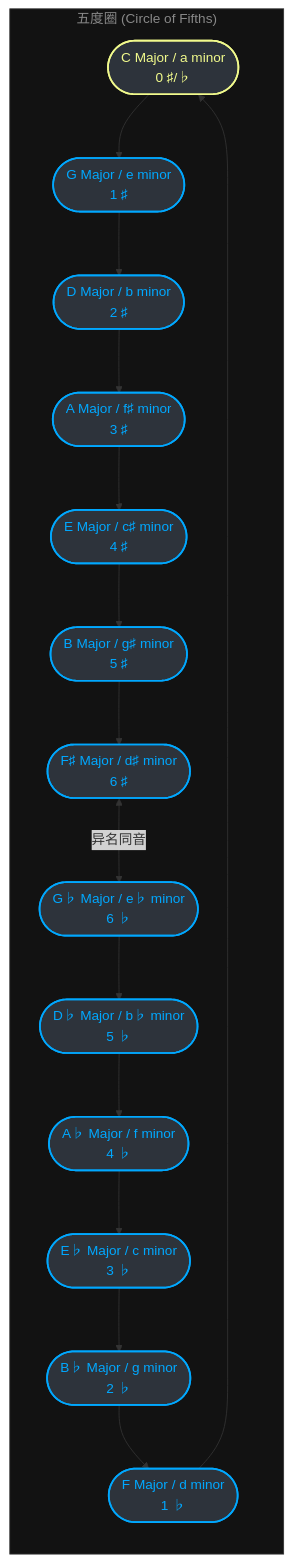
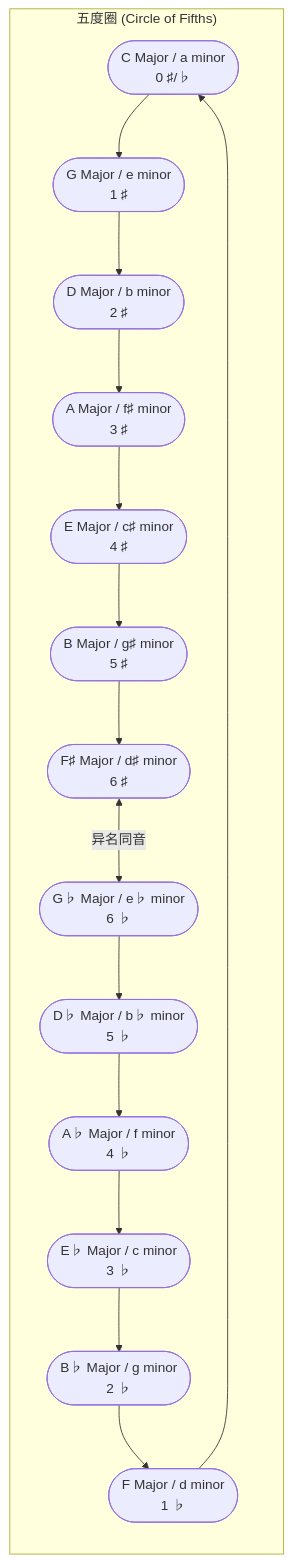
One commit to teatang/t-blog changed the diagram in source/_posts/2025/2025-06-29_乐理中的调号详解.md. Above: the diagram before and after it, drawn with Mermaid. The commit also changed 1 other file, not shown here.

Commit message:
update blog

```diff
--- a/source/_posts/2025/2025-06-29_乐理中的调号详解.md
+++ b/source/_posts/2025/2025-06-29_乐理中的调号详解.md
@@ -125,45 +125,36 @@
 {% mermaid %}
 graph TD
-    %% 全局样式定义
-    classDef default fill:#1a1a1a,stroke:#555,color:#eee,stroke-width:1px;
-    classDef majorNode fill:#2d333b,stroke:#00a8ff,color:#00a8ff,stroke-width:2px;
-    classDef minorNode fill:#2d333b,stroke:#ff79c6,color:#ff79c6,stroke-width:2px;
-    classDef pivotNode fill:#2d333b,stroke:#f1fa8c,color:#f1fa8c,stroke-width:2px;
-
     subgraph CircleOfFifths ["五度圈 (Circle of Fifths)"]
         direction TB
         
         C([C Major / a minor<br/>0 ♯/♭]) 
         G([G Major / e minor<br/>1 ♯])
         D([D Major / b minor<br/>2 ♯])
         A([A Major / f♯ minor<br/>3 ♯])
         E([E Major / c♯ minor<br/>4 ♯])
         B([B Major / g♯ minor<br/>5 ♯])
         
         FS([F♯ Major / d♯ minor<br/>6 ♯])
         GB([G♭ Major / e♭ minor<br/>6 ♭])
         
         DB([D♭ Major / b♭ minor<br/>5 ♭])
         AB([A♭ Major / f minor<br/>4 ♭])
         EB([E♭ Major / c minor<br/>3 ♭])
         BB([B♭ Major / g minor<br/>2 ♭])
         F([F Major / d minor<br/>1 ♭])
 
         %% 顺时针（升号方向）
         C --> G --> D --> A --> E --> B --> FS
         
         %% 异名同音转换
         FS <--> |异名同音| GB
         
         %% 逆时针（降号方向）
         GB --> DB --> AB --> EB --> BB --> F --> C
     end
 
     %% 应用样式
     class C pivotNode;
     class G,D,A,E,B,FS majorNode;
     class GB,DB,AB,EB,BB,F majorNode;
-
-    %% 针对深色模式的特定配置
-    style CircleOfFifths fill:#121212,stroke:#333,color:#888
 {% endmermaid %}
```
